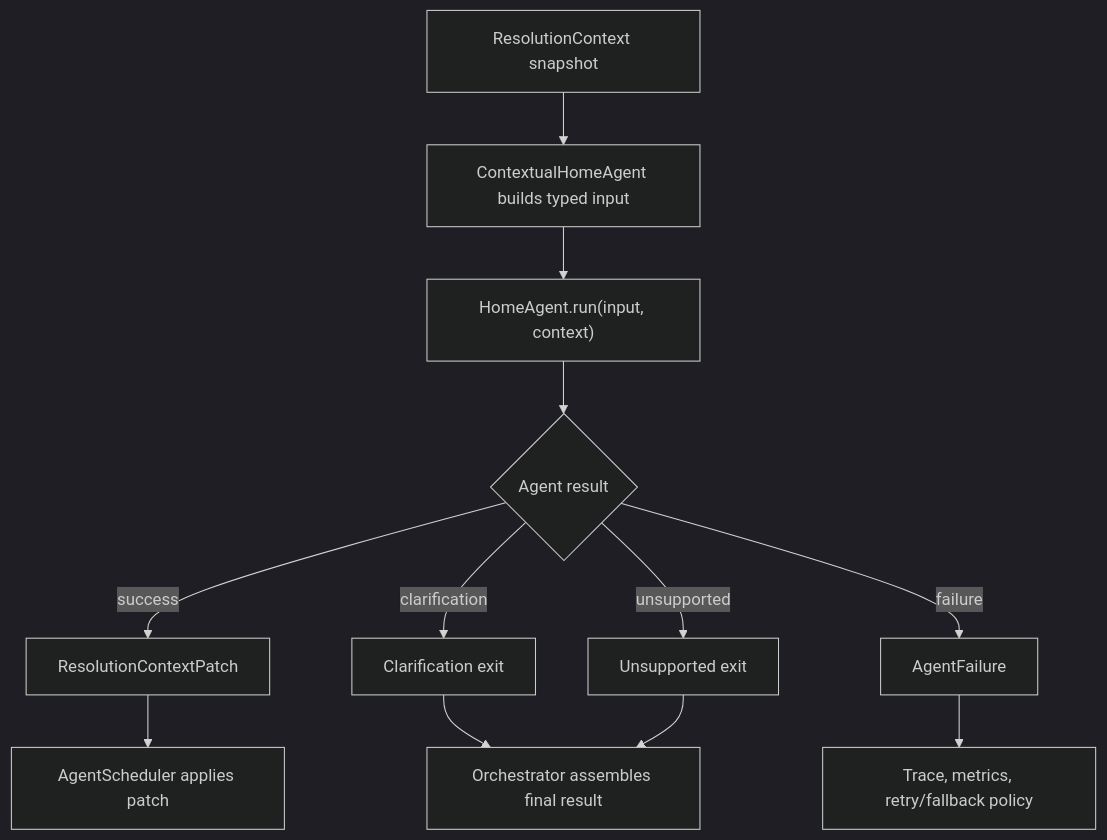
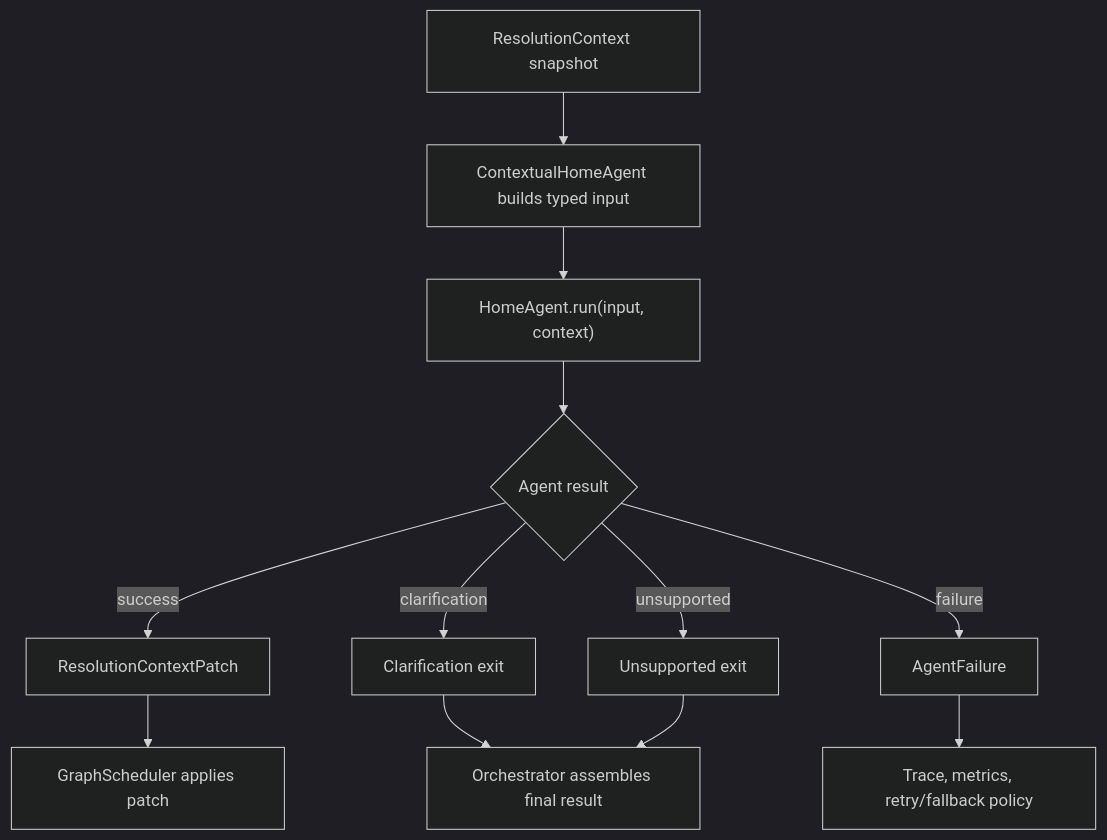
One commit to ksypinro/HomeAutomation changed the second of 2 diagrams in HomeAutomationCore/Sources/HomeAutomationAgents/README.md. Above: the diagram before and after it, drawn with Mermaid (dark theme). The commit also changed other lines of this file and 27 other files, not shown here.

````diff
--- a/HomeAutomationCore/Sources/HomeAutomationAgents/README.md
+++ b/HomeAutomationCore/Sources/HomeAutomationAgents/README.md
@@ -61,14 +61,14 @@
 ```mermaid
 flowchart TD
     A["ResolutionContext snapshot"] --> B["ContextualHomeAgent builds typed input"]
     B --> C["HomeAgent.run(input, context)"]
     C --> D{"Agent result"}
     D -->|success| E["ResolutionContextPatch"]
     D -->|clarification| F["Clarification exit"]
     D -->|unsupported| G["Unsupported exit"]
     D -->|failure| H["AgentFailure"]
-    E --> I["AgentScheduler applies patch"]
+    E --> I["GraphScheduler applies patch"]
     F --> J["Orchestrator assembles final result"]
     G --> J
     H --> K["Trace, metrics, retry/fallback policy"]
 ```
````
